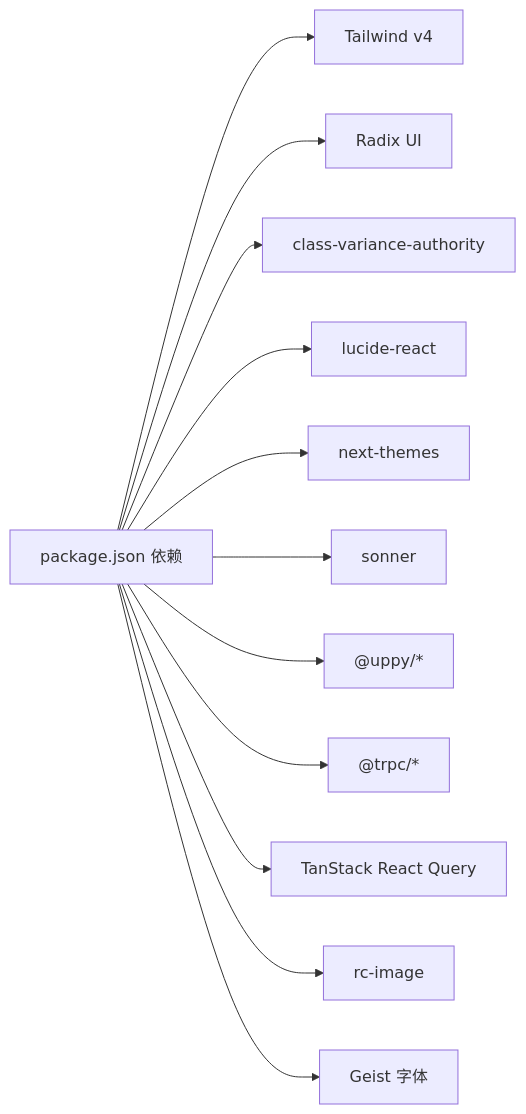
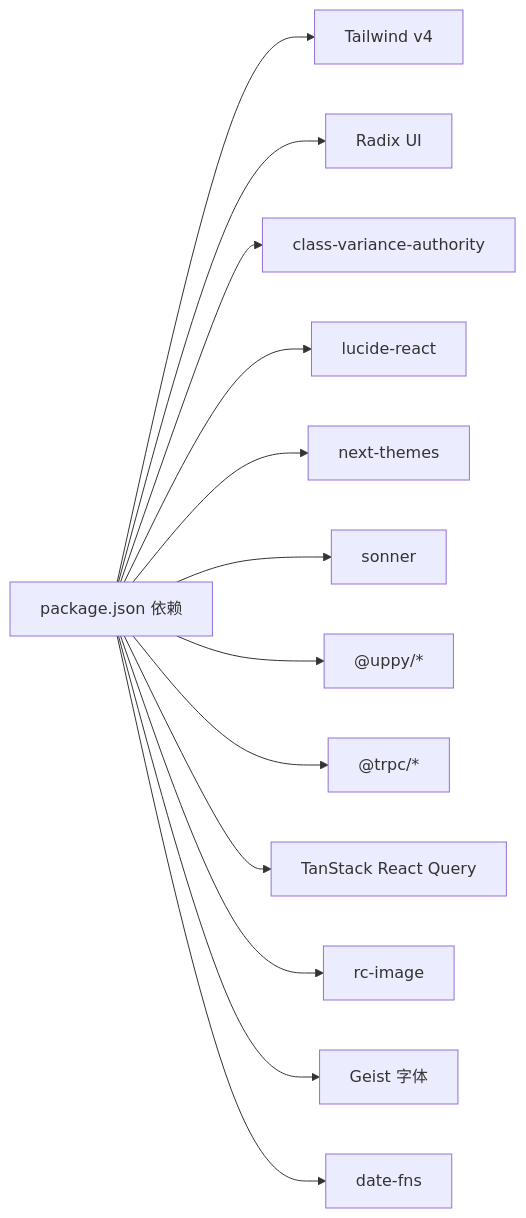
The eighth of 8 diagrams in .qoder/repowiki/zh/content/前端组件架构/前端组件架构.md (RadiumAg/image-saas), drawn with Mermaid before and after one commit. The commit also changed other lines of this file and 9 other files, not shown here.

````diff
--- a/.qoder/repowiki/zh/content/前端组件架构/前端组件架构.md
+++ b/.qoder/repowiki/zh/content/前端组件架构/前端组件架构.md
@@ -349,14 +595,15 @@
 ```mermaid
 graph LR
 Pkg["package.json 依赖"] --> Tailwind["Tailwind v4"]
 Pkg --> Radix["Radix UI"]
 Pkg --> CVa["class-variance-authority"]
 Pkg --> Lucide["lucide-react"]
 Pkg --> Themes["next-themes"]
 Pkg --> Sonner["sonner"]
 Pkg --> Uppy["@uppy/*"]
 Pkg --> TRPC["@trpc/*"]
 Pkg --> TanStack["TanStack React Query"]
 Pkg --> RCImg["rc-image"]
 Pkg --> Geist["Geist 字体"]
+Pkg --> DateFns["date-fns"]
 ```
````
